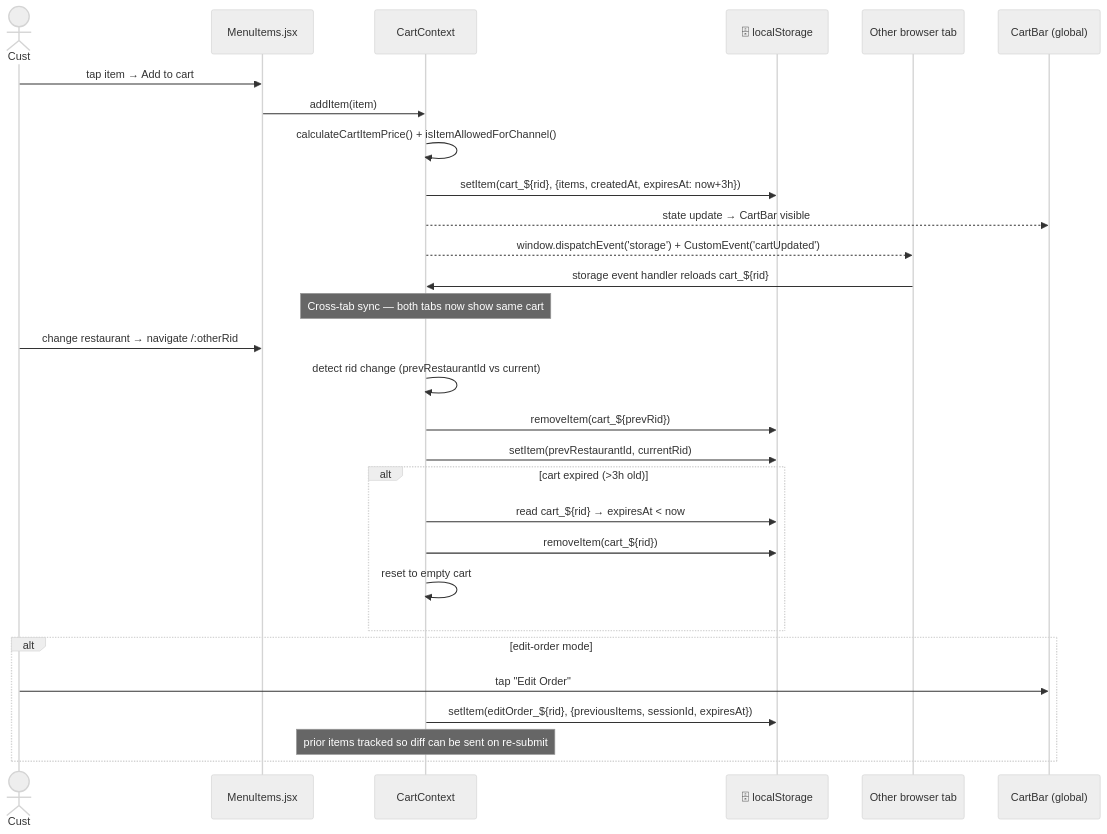
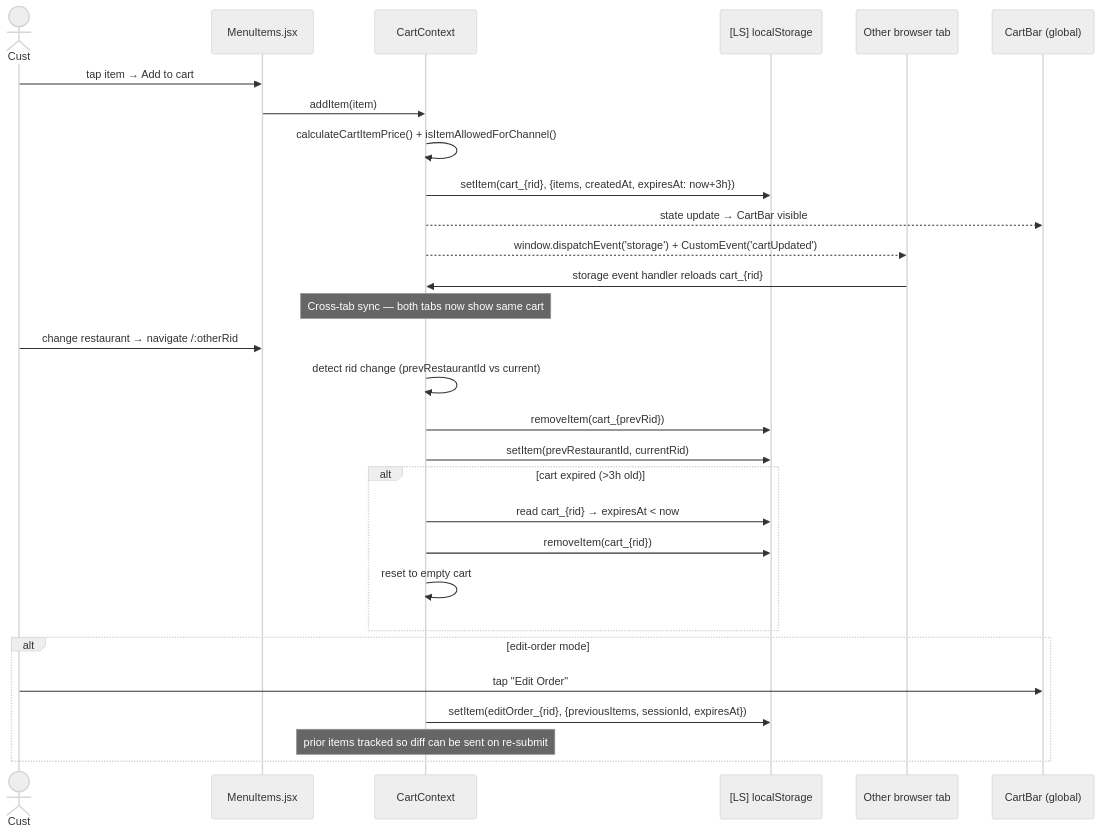
Before and after one commit to Abhi-mygenie/customer-app5th-march: the fourth of 9 diagrams in memory_repo/current-state/DATA_FLOW_DIAGRAM_2026-02.md, drawn with Mermaid (neutral theme). The commit also changed other lines of this file and 3 other files, not shown here.

````diff
--- a/memory_repo/current-state/DATA_FLOW_DIAGRAM_2026-02.md
+++ b/memory_repo/current-state/DATA_FLOW_DIAGRAM_2026-02.md
@@ -163,36 +163,36 @@
 ```mermaid
 sequenceDiagram
     actor Cust
     participant Menu as MenuItems.jsx
     participant CartCtx as CartContext
-    participant LS as 🗄 localStorage
+    participant LS as [LS] localStorage
     participant OtherTab as Other browser tab
     participant Bar as CartBar (global)
 
     Cust->>Menu: tap item → Add to cart
     Menu->>CartCtx: addItem(item)
     CartCtx->>CartCtx: calculateCartItemPrice() + isItemAllowedForChannel()
-    CartCtx->>LS: setItem(cart_${rid}, {items, createdAt, expiresAt: now+3h})
+    CartCtx->>LS: setItem(cart_{rid}, {items, createdAt, expiresAt: now+3h})
     CartCtx-->>Bar: state update → CartBar visible
     CartCtx-->>OtherTab: window.dispatchEvent('storage') + CustomEvent('cartUpdated')
 
-    OtherTab->>CartCtx: storage event handler reloads cart_${rid}
+    OtherTab->>CartCtx: storage event handler reloads cart_{rid}
     Note over CartCtx: Cross-tab sync — both tabs now show same cart
 
     Cust->>Menu: change restaurant → navigate /:otherRid
     CartCtx->>CartCtx: detect rid change (prevRestaurantId vs current)
-    CartCtx->>LS: removeItem(cart_${prevRid})
+    CartCtx->>LS: removeItem(cart_{prevRid})
     CartCtx->>LS: setItem(prevRestaurantId, currentRid)
 
     alt cart expired (>3h old)
-        CartCtx->>LS: read cart_${rid} → expiresAt < now
-        CartCtx->>LS: removeItem(cart_${rid})
+        CartCtx->>LS: read cart_{rid} → expiresAt < now
+        CartCtx->>LS: removeItem(cart_{rid})
         CartCtx->>CartCtx: reset to empty cart
     end
 
     alt edit-order mode
         Cust->>Bar: tap "Edit Order"
-        CartCtx->>LS: setItem(editOrder_${rid}, {previousItems, sessionId, expiresAt})
+        CartCtx->>LS: setItem(editOrder_{rid}, {previousItems, sessionId, expiresAt})
         Note over CartCtx: prior items tracked so diff can be sent on re-submit
     end
 ```
````
